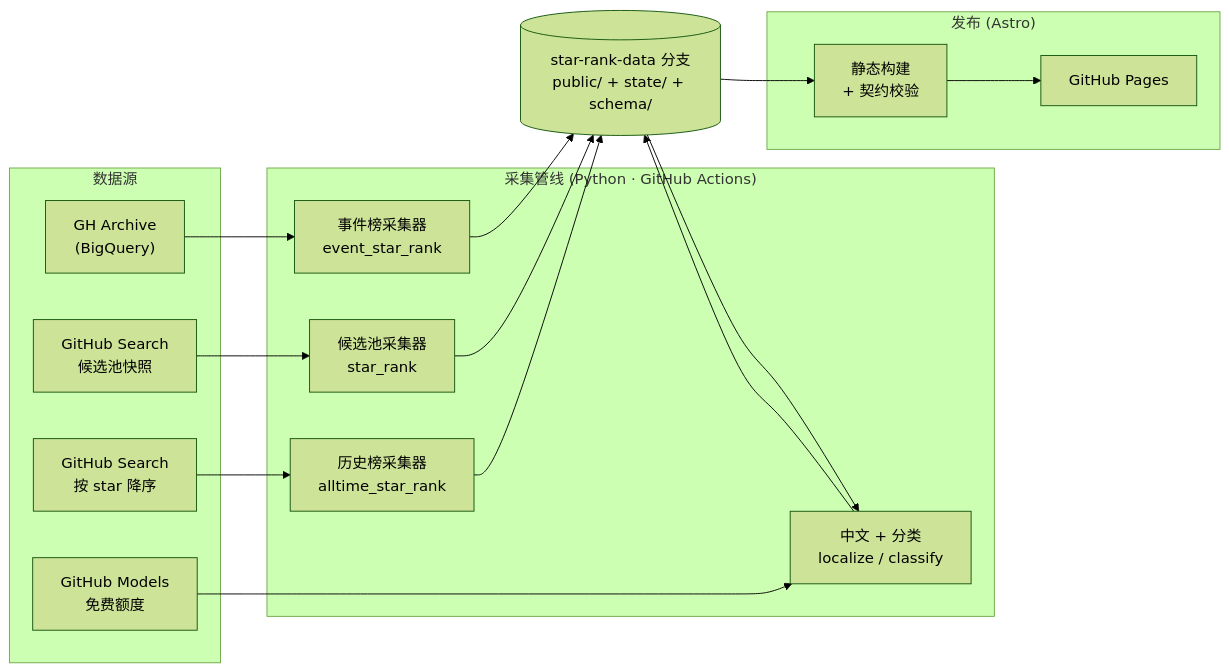
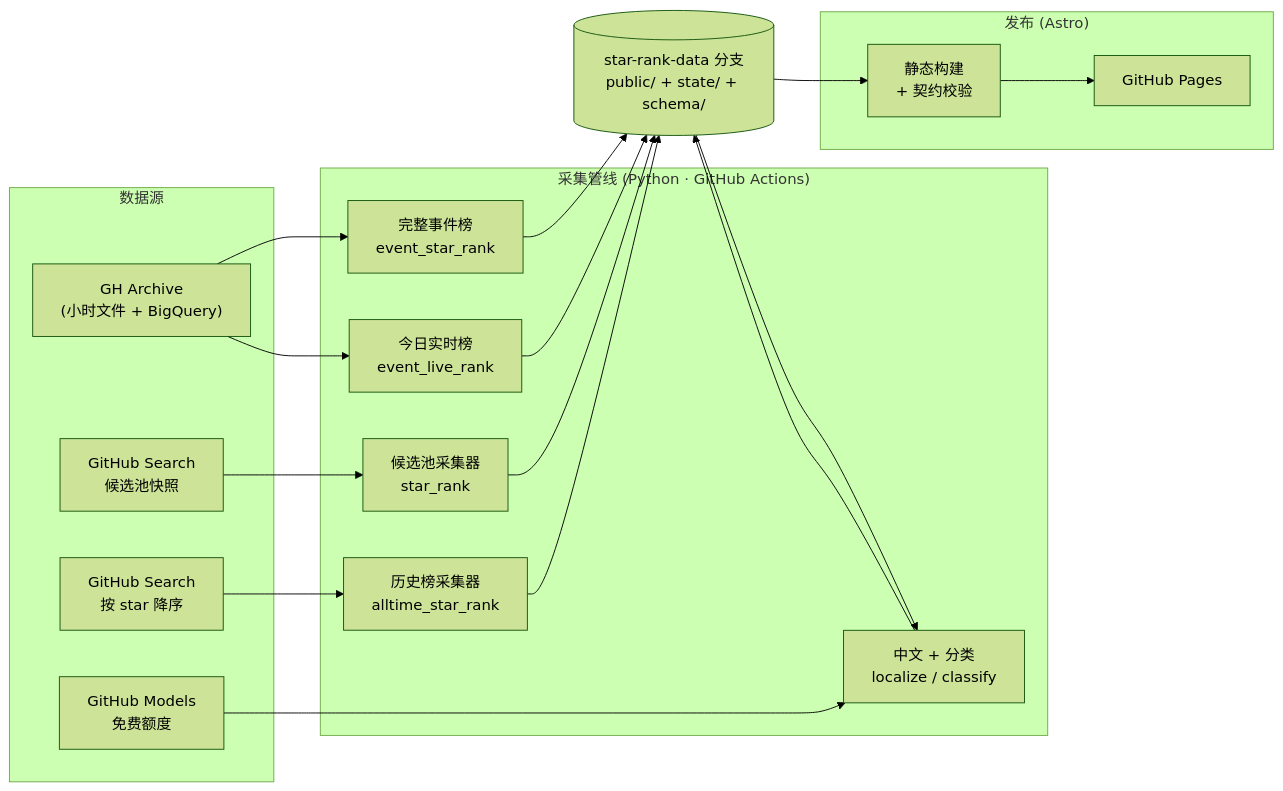
One commit to 728792899-create/open-source-star-rank changed the first of 2 diagrams in README.md. Above: the diagram before and after it, drawn with Mermaid (forest theme). The commit also changed other lines of this file and 25 other files, not shown here.

````diff
--- a/README.md
+++ b/README.md
@@ -62,30 +65,32 @@
 ```mermaid
 flowchart LR
     subgraph 数据源
-        GHA["GH Archive<br/>(BigQuery)"]
+        GHA["GH Archive<br/>(小时文件 + BigQuery)"]
         SNAP["GitHub Search<br/>候选池快照"]
         STAR["GitHub Search<br/>按 star 降序"]
         MODELS["GitHub Models<br/>免费额度"]
     end
 
     subgraph 采集管线["采集管线 (Python · GitHub Actions)"]
-        E["事件榜采集器<br/>event_star_rank"]
+        E["完整事件榜<br/>event_star_rank"]
+        LIVE["今日实时榜<br/>event_live_rank"]
         C["候选池采集器<br/>star_rank"]
         A["历史榜采集器<br/>alltime_star_rank"]
         L["中文 + 分类<br/>localize / classify"]
     end
 
     DATA[("star-rank-data 分支<br/>public/ + state/ + schema/")]
 
     subgraph 发布["发布 (Astro)"]
         BUILD["静态构建<br/>+ 契约校验"]
         PAGES["GitHub Pages"]
     end
 
     GHA --> E --> DATA
+    GHA --> LIVE --> DATA
     SNAP --> C --> DATA
     STAR --> A --> DATA
     DATA --> L
     MODELS --> L --> DATA
     DATA --> BUILD --> PAGES
 ```
````
